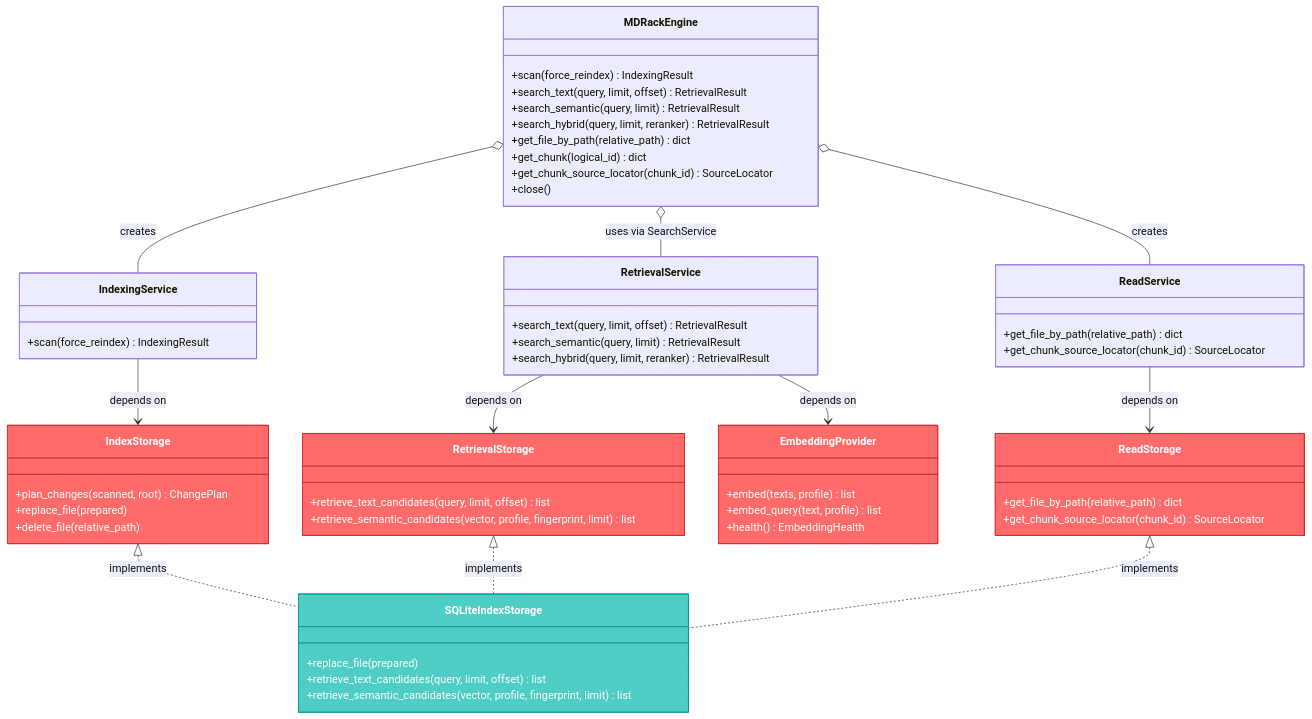
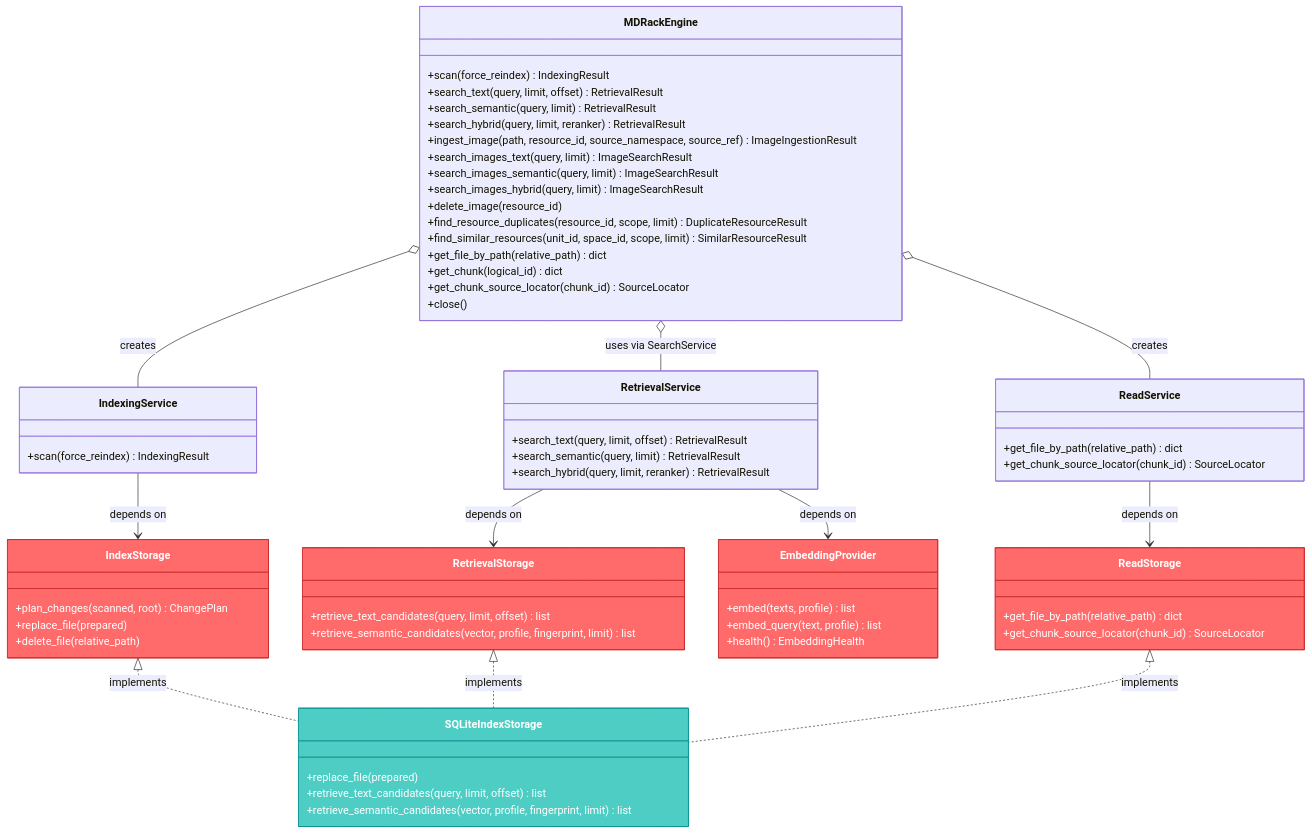
One commit to VladimirMonin/MDRack changed the diagram in docs/current-architecture/public-interfaces.md. Above: the diagram before and after it, drawn with Mermaid. The commit also changed other lines of this file and 24 other files, not shown here.

````diff
--- a/docs/current-architecture/public-interfaces.md
+++ b/docs/current-architecture/public-interfaces.md
@@ -9,73 +9,80 @@
 ```mermaid
 classDiagram
     class MDRackEngine {
         +scan(force_reindex) IndexingResult
         +search_text(query, limit, offset) RetrievalResult
         +search_semantic(query, limit) RetrievalResult
         +search_hybrid(query, limit, reranker) RetrievalResult
+        +ingest_image(path, resource_id, source_namespace, source_ref) ImageIngestionResult
+        +search_images_text(query, limit) ImageSearchResult
+        +search_images_semantic(query, limit) ImageSearchResult
+        +search_images_hybrid(query, limit) ImageSearchResult
+        +delete_image(resource_id)
+        +find_resource_duplicates(resource_id, scope, limit) DuplicateResourceResult
+        +find_similar_resources(unit_id, space_id, scope, limit) SimilarResourceResult
         +get_file_by_path(relative_path) dict
         +get_chunk(logical_id) dict
         +get_chunk_source_locator(chunk_id) SourceLocator
         +close()
     }
 
     class IndexingService {
         +scan(force_reindex) IndexingResult
     }
 
     class RetrievalService {
         +search_text(query, limit, offset) RetrievalResult
         +search_semantic(query, limit) RetrievalResult
         +search_hybrid(query, limit, reranker) RetrievalResult
     }
 
     class ReadService {
         +get_file_by_path(relative_path) dict
         +get_chunk_source_locator(chunk_id) SourceLocator
     }
 
     class IndexStorage {
         +plan_changes(scanned, root) ChangePlan
         +replace_file(prepared)
         +delete_file(relative_path)
     }
 
     class RetrievalStorage {
         +retrieve_text_candidates(query, limit, offset) list
         +retrieve_semantic_candidates(vector, profile, fingerprint, limit) list
     }
 
     class ReadStorage {
         +get_file_by_path(relative_path) dict
         +get_chunk_source_locator(chunk_id) SourceLocator
     }
 
     class EmbeddingProvider {
         +embed(texts, profile) list
         +embed_query(text, profile) list
         +health() EmbeddingHealth
     }
 
     class SQLiteIndexStorage {
         +replace_file(prepared)
         +retrieve_text_candidates(query, limit, offset) list
         +retrieve_semantic_candidates(vector, profile, fingerprint, limit) list
     }
 
     MDRackEngine o-- IndexingService : creates
     MDRackEngine o-- RetrievalService : uses via SearchService
     MDRackEngine o-- ReadService : creates
     IndexingService --> IndexStorage : depends on
     RetrievalService --> RetrievalStorage : depends on
     RetrievalService --> EmbeddingProvider : depends on
     ReadService --> ReadStorage : depends on
     IndexStorage <|.. SQLiteIndexStorage : implements
     RetrievalStorage <|.. SQLiteIndexStorage : implements
     ReadStorage <|.. SQLiteIndexStorage : implements
 
     style IndexStorage fill:#ff6b6b,stroke:#c92a2a,color:#fff
     style RetrievalStorage fill:#ff6b6b,stroke:#c92a2a,color:#fff
     style ReadStorage fill:#ff6b6b,stroke:#c92a2a,color:#fff
     style EmbeddingProvider fill:#ff6b6b,stroke:#c92a2a,color:#fff
     style SQLiteIndexStorage fill:#4ecdc4,stroke:#0a9396,color:#fff
 ```
````
